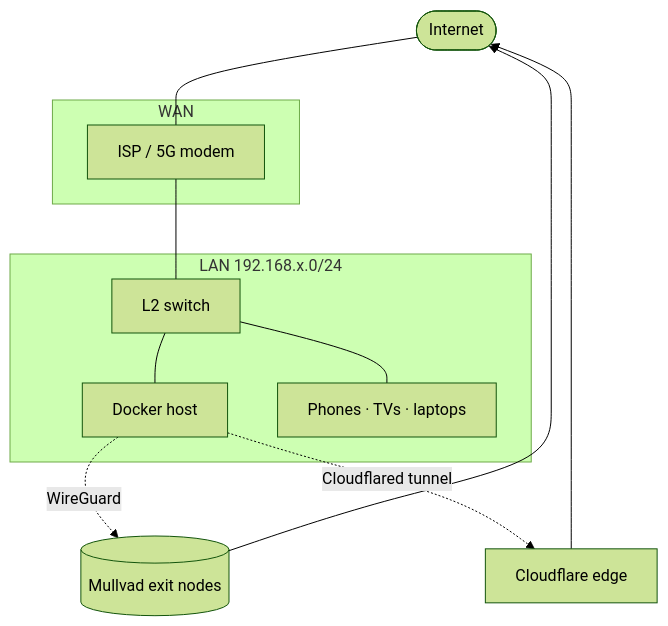
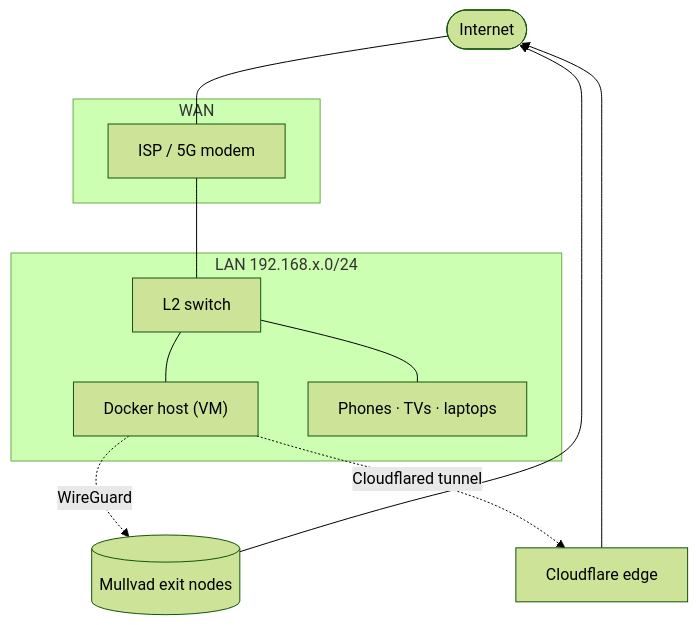
One commit to MrTorriz/homelab changed the first of 3 diagrams in docs/architecture.md. Above: the diagram before and after it, drawn with Mermaid (forest theme). The commit also changed other lines of this file and 2 other files, not shown here.

````diff
--- a/docs/architecture.md
+++ b/docs/architecture.md
@@ -7,22 +7,22 @@
 ```mermaid
 flowchart TB
     Internet([Internet])
     subgraph WAN
         ISP[ISP / 5G modem]
     end
     subgraph LAN[LAN 192.168.x.0/24]
         SW[L2 switch]
-        Host[Docker host]
+        Host["Docker host (VM)"]
         Clients[Phones · TVs · laptops]
     end
 
     Internet --- ISP --- SW
     SW --- Host
     SW --- Clients
 
     Host -. WireGuard .-> Mullvad[(Mullvad exit nodes)]
     Mullvad --> Internet
 
     Host -. Cloudflared tunnel .-> CF[Cloudflare edge]
     CF --> Internet
 ```
````
